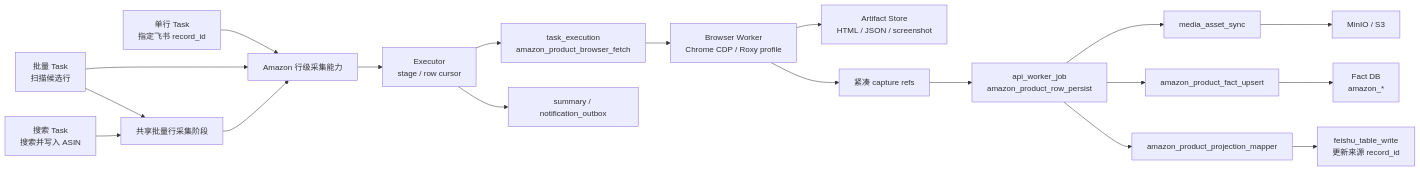
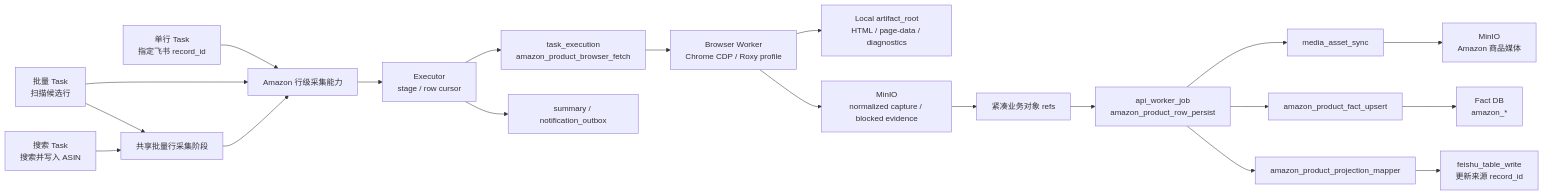
One commit to knighterrantsky/mujitask changed the first of 6 diagrams in docs/arch/workflow-amazon-product-detail-design.md. Above: the diagram before and after it, drawn with Mermaid. The commit also changed other lines of this file and 71 other files, not shown here.

````diff
--- a/docs/arch/workflow-amazon-product-detail-design.md
+++ b/docs/arch/workflow-amazon-product-detail-design.md
@@ -148,24 +149,25 @@
 ```mermaid
 flowchart LR
     Single["单行 Task<br/>指定飞书 record_id"] --> Row["Amazon 行级采集能力"]
     Batch["批量 Task<br/>扫描候选行"] --> Row
     Search["搜索 Task<br/>搜索并写入 ASIN"] --> BatchFlow["共享批量行采集阶段"]
     Batch --> BatchFlow
     BatchFlow --> Row
 
     Row --> Exec["Executor<br/>stage / row cursor"]
     Exec --> BrowserJob["task_execution<br/>amazon_product_browser_fetch"]
     BrowserJob --> Browser["Browser Worker<br/>Chrome CDP / Roxy profile"]
-    Browser --> Artifact["Artifact Store<br/>HTML / JSON / screenshot"]
-    Browser --> CaptureRef["紧凑 capture refs"]
+    Browser --> Local["Local artifact_root<br/>HTML / page-data / diagnostics"]
+    Browser --> CaptureStore["MinIO<br/>normalized capture / blocked evidence"]
+    CaptureStore --> CaptureRef["紧凑业务对象 refs"]
 
     CaptureRef --> PersistJob["api_worker_job<br/>amazon_product_row_persist"]
     PersistJob --> Media["media_asset_sync"]
     PersistJob --> Facts["amazon_product_fact_upsert"]
     PersistJob --> Projection["amazon_product_projection_mapper"]
     Projection --> Feishu["feishu_table_write<br/>更新来源 record_id"]
-    Media --> ObjectStore["MinIO / S3"]
+    Media --> ObjectStore["MinIO<br/>Amazon 商品媒体"]
     Facts --> FactDB["Fact DB<br/>amazon_*"]
 
     Exec --> Outbox["summary / notification_outbox"]
 ```
````
